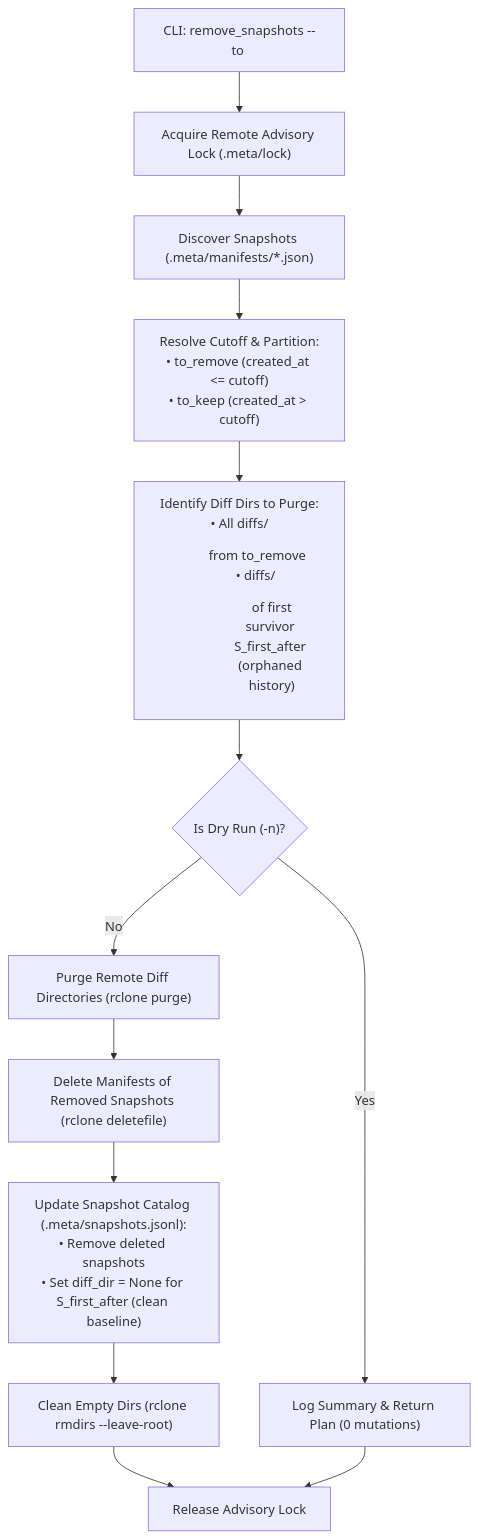
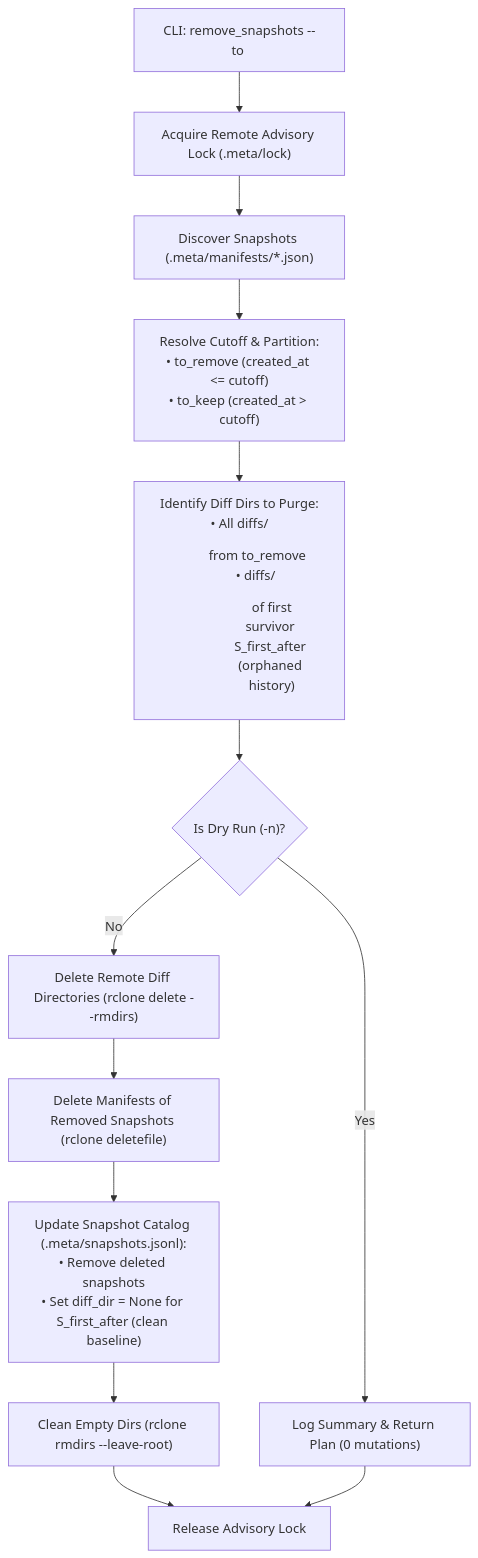
The fifth of 5 diagrams in docs/developer.md (shabeer/incr_backup), drawn with Mermaid before and after one commit. The commit also changed other lines of this file and 8 other files, not shown here.

First line of the commit message:
refactor: use rclone delete with --rmdirs instead of purge command

````diff
--- a/docs/developer.md
+++ b/docs/developer.md
@@ -692,15 +692,15 @@
 ```mermaid
 flowchart TD
     A["CLI: remove_snapshots --to <cutoff>"] --> B["Acquire Remote Advisory Lock (.meta/lock)"]
     B --> C["Discover Snapshots (.meta/manifests/*.json)"]
     C --> D["Resolve Cutoff & Partition:<br/>• to_remove (created_at <= cutoff)<br/>• to_keep (created_at > cutoff)"]
     D --> E["Identify Diff Dirs to Purge:<br/>• All diffs/<dir> from to_remove<br/>• diffs/<dir> of first survivor S_first_after (orphaned history)"]
     E --> F{"Is Dry Run (-n)?"}
     F -->|Yes| G["Log Summary & Return Plan (0 mutations)"]
-    F -->|No| H["Purge Remote Diff Directories (rclone purge)"]
+    F -->|No| H["Delete Remote Diff Directories (rclone delete --rmdirs)"]
     H --> I["Delete Manifests of Removed Snapshots (rclone deletefile)"]
     I --> J["Update Snapshot Catalog (.meta/snapshots.jsonl):<br/>• Remove deleted snapshots<br/>• Set diff_dir = None for S_first_after (clean baseline)"]
     J --> K["Clean Empty Dirs (rclone rmdirs --leave-root)"]
     K --> L["Release Advisory Lock"]
     G --> L
 ```
````
